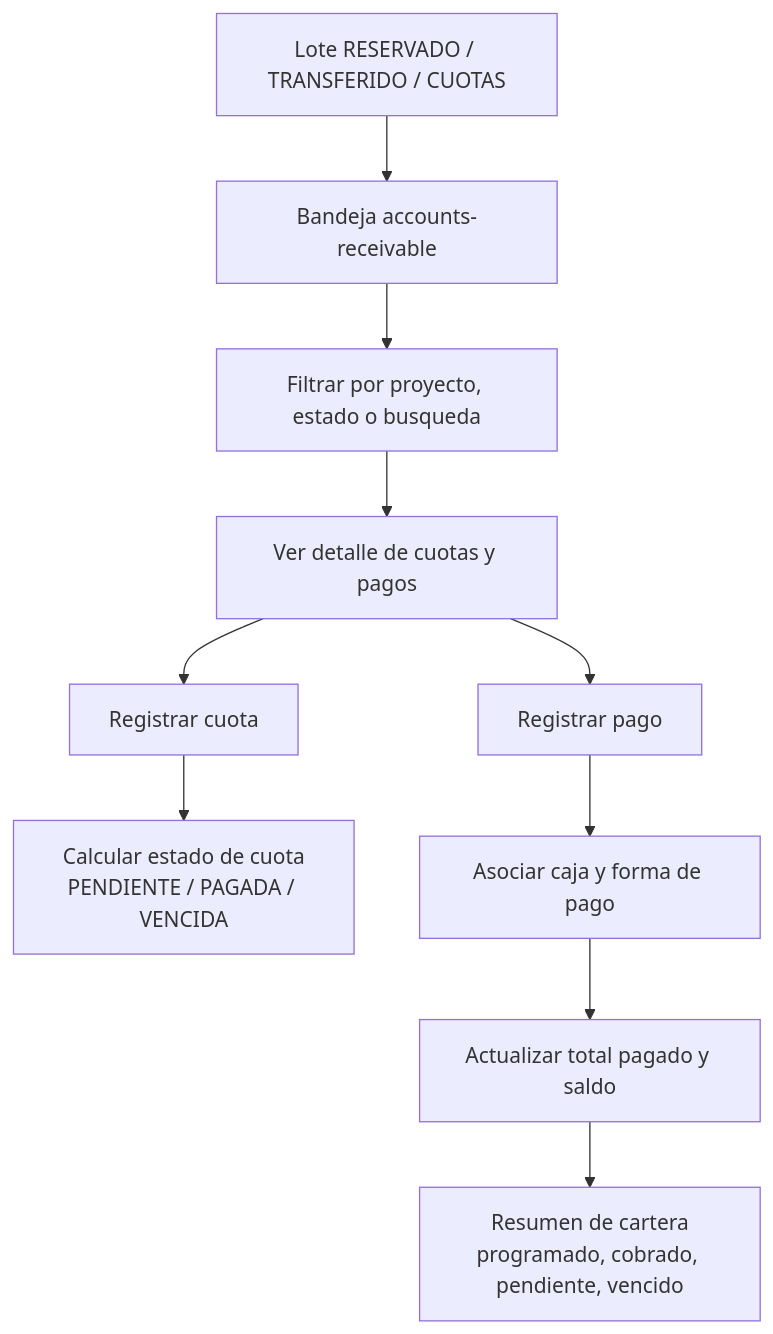
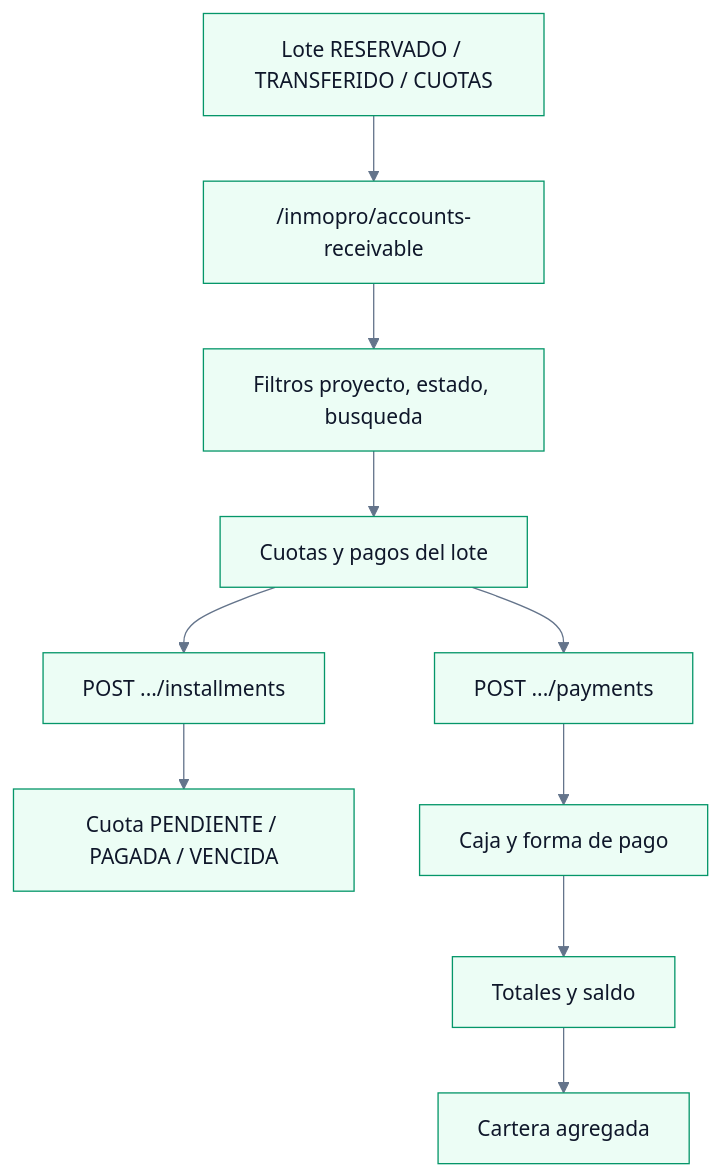
The seventh of 20 diagrams in docs/GRAFICO_PROCESOS_SISTEMA.md (abitae/crm_lotes), drawn with Mermaid before and after one commit. The commit also changed other lines of this file and 54 other files, not shown here.

````diff
--- a/docs/GRAFICO_PROCESOS_SISTEMA.md
+++ b/docs/GRAFICO_PROCESOS_SISTEMA.md
@@ -176,12 +205,13 @@
 ```mermaid
+%%{init: {'theme':'base', 'themeVariables': {'primaryColor':'#ecfdf5','primaryTextColor':'#0f172a','primaryBorderColor':'#059669','lineColor':'#64748b','secondaryColor':'#f1f5f9','tertiaryColor':'#ffffff'}}}%%
 flowchart TB
-    activeLot["Lote RESERVADO / TRANSFERIDO / CUOTAS"] --> receivableIndex["Bandeja accounts-receivable"]
-    receivableIndex --> filters["Filtrar por proyecto, estado o busqueda"]
-    filters --> detail["Ver detalle de cuotas y pagos"]
-    detail --> createInstallment["Registrar cuota"]
-    detail --> createPayment["Registrar pago"]
-    createInstallment --> installmentStatus["Calcular estado de cuota\nPENDIENTE / PAGADA / VENCIDA"]
-    createPayment --> paymentLink["Asociar caja y forma de pago"]
-    paymentLink --> paymentTotals["Actualizar total pagado y saldo"]
-    paymentTotals --> summary["Resumen de cartera\nprogramado, cobrado, pendiente, vencido"]
+    activeLot["Lote RESERVADO / TRANSFERIDO / CUOTAS"] --> receivableIndex["/inmopro/accounts-receivable"]
+    receivableIndex --> filters["Filtros proyecto, estado, busqueda"]
+    filters --> detail["Cuotas y pagos del lote"]
+    detail --> createInstallment["POST .../installments"]
+    detail --> createPayment["POST .../payments"]
+    createInstallment --> installmentStatus["Cuota PENDIENTE / PAGADA / VENCIDA"]
+    createPayment --> paymentLink["Caja y forma de pago"]
+    paymentLink --> paymentTotals["Totales y saldo"]
+    paymentTotals --> summary["Cartera agregada"]
 ```
````
